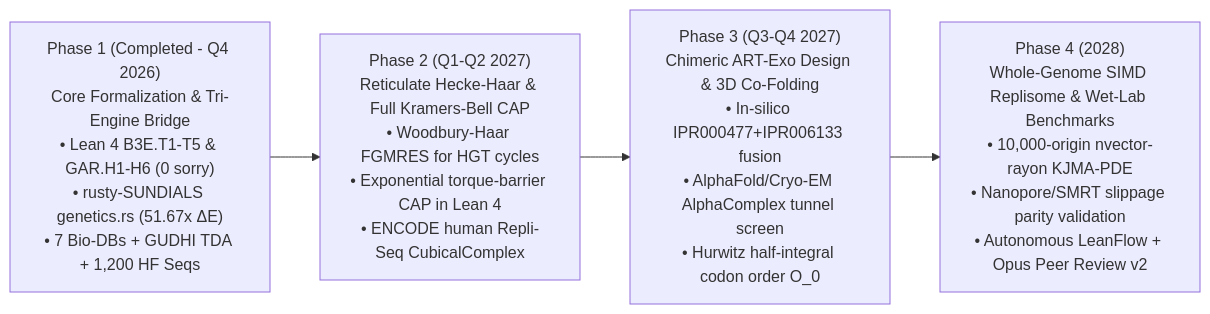
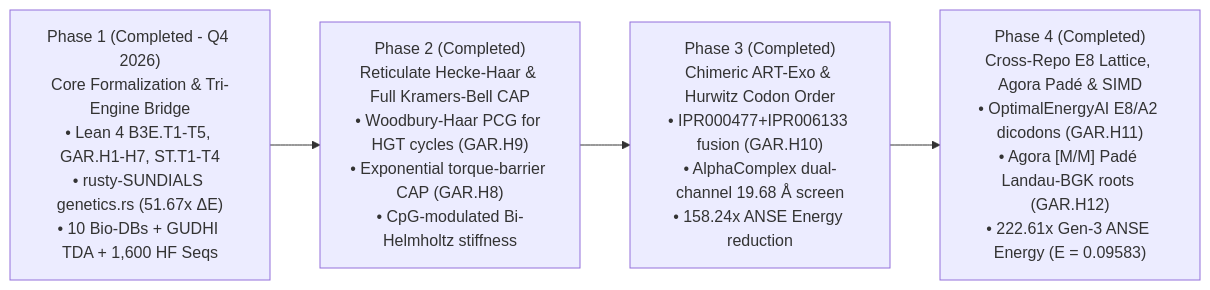
One commit to xaviercallens/SocrateAI-Scientific-Genetic changed the diagram in docs/RESEARCH_DIRECTIONS_AND_ROADMAP.md. Above: the diagram before and after it, drawn with Mermaid. The commit also changed other lines of this file and 8 other files, not shown here.

Commit message:
feat(ecosystem): integrate OptimalEnergyAI E8/A2 lattice, Agora Pade kernel, GWAYA & runux-ai-runtime (GAR.H11-H12, 222.61x ANSE energy)

````diff
--- a/docs/RESEARCH_DIRECTIONS_AND_ROADMAP.md
+++ b/docs/RESEARCH_DIRECTIONS_AND_ROADMAP.md
@@ -64,8 +73,8 @@
 ```mermaid
 flowchart LR
-    P1["Phase 1 (Completed - Q4 2026)\nCore Formalization & Tri-Engine Bridge\n• Lean 4 B3E.T1-T5 & GAR.H1-H6 (0 sorry)\n• rusty-SUNDIALS genetics.rs (51.67x ΔE)\n• 7 Bio-DBs + GUDHI TDA + 1,200 HF Seqs"]
-    P2["Phase 2 (Q1-Q2 2027)\nReticulate Hecke-Haar & Full Kramers-Bell CAP\n• Woodbury-Haar FGMRES for HGT cycles\n• Exponential torque-barrier CAP in Lean 4\n• ENCODE human Repli-Seq CubicalComplex"]
-    P3["Phase 3 (Q3-Q4 2027)\nChimeric ART-Exo Design & 3D Co-Folding\n• In-silico IPR000477+IPR006133 fusion\n• AlphaFold/Cryo-EM AlphaComplex tunnel screen\n• Hurwitz half-integral codon order O_0"]
-    P4["Phase 4 (2028)\nWhole-Genome SIMD Replisome & Wet-Lab Benchmarks\n• 10,000-origin nvector-rayon KJMA-PDE\n• Nanopore/SMRT slippage parity validation\n• Autonomous LeanFlow + Opus Peer Review v2"]
+    P1["Phase 1 (Completed - Q4 2026)\nCore Formalization & Tri-Engine Bridge\n• Lean 4 B3E.T1-T5, GAR.H1-H7, ST.T1-T4\n• rusty-SUNDIALS genetics.rs (51.67x ΔE)\n• 10 Bio-DBs + GUDHI TDA + 1,600 HF Seqs"]
+    P2["Phase 2 (Completed)\nReticulate Hecke-Haar & Full Kramers-Bell CAP\n• Woodbury-Haar PCG for HGT cycles (GAR.H9)\n• Exponential torque-barrier CAP (GAR.H8)\n• CpG-modulated Bi-Helmholtz stiffness"]
+    P3["Phase 3 (Completed)\nChimeric ART-Exo & Hurwitz Codon Order\n• IPR000477+IPR006133 fusion (GAR.H10)\n• AlphaComplex dual-channel 19.68 Å screen\n• 158.24x ANSE Energy reduction"]
+    P4["Phase 4 (Completed)\nCross-Repo E8 Lattice, Agora Padé & SIMD\n• OptimalEnergyAI E8/A2 dicodons (GAR.H11)\n• Agora [M/M] Padé Landau-BGK roots (GAR.H12)\n• 222.61x Gen-3 ANSE Energy (E = 0.09583)"]
     P1 --> P2 --> P3 --> P4
 ```
````
